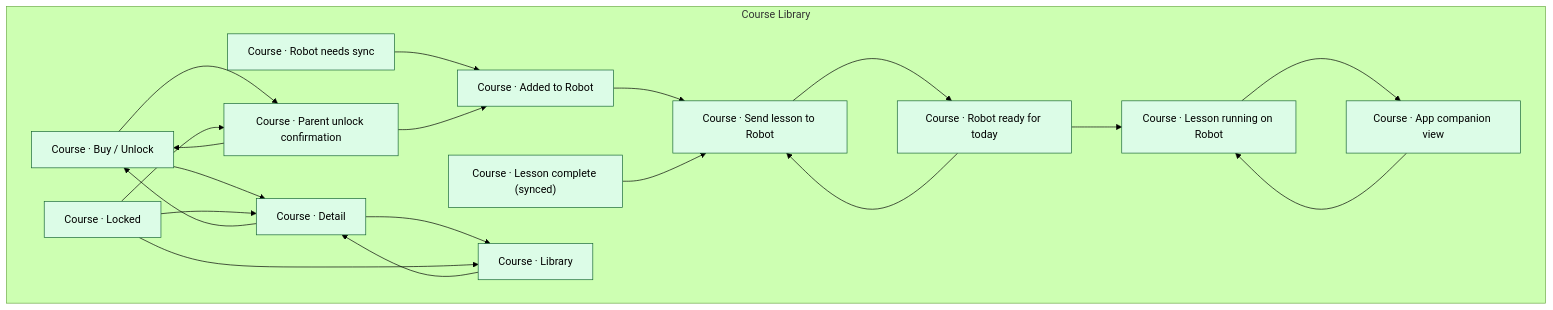
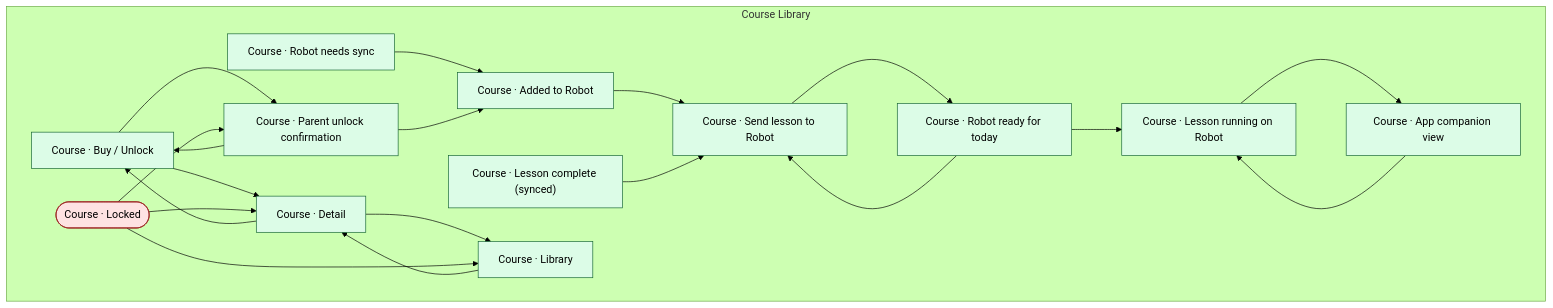
Before and after one commit to JSR-Algo/TJBOT-Mobile: the diagram in tbot-design/docs/flows/domains/course-library/flow.mmd, drawn with Mermaid (forest theme). The commit also changed 31 other files, not shown here.

First line of the commit message:
flows(fixes): C1+C2+C6+R8 — kind-drop bug, edge classification, backend-leak linter, untracked policy

```diff
--- a/tbot-design/docs/flows/domains/course-library/flow.mmd
+++ b/tbot-design/docs/flows/domains/course-library/flow.mmd
@@ -1,47 +1,48 @@
-%% GENERATED FROM nav-graph-data.json sha=747476d6c24a. Do not edit by hand.
+%% GENERATED FROM nav-graph-data.json sha=9cfd302d222f. Do not edit by hand.
 %% domain: course-library
 flowchart TD
   classDef happy fill:#dcfce7,stroke:#166534
   classDef edge  fill:#fee2e2,stroke:#991b1b
   subgraph Course_Library["Course Library"]
     cl_added["Course · Added to Robot"]
     cl_buy["Course · Buy / Unlock"]
     cl_companion["Course · App companion view"]
     cl_complete["Course · Lesson complete (synced)"]
     cl_detail["Course · Detail"]
     cl_library["Course · Library"]
-    cl_locked["Course · Locked"]
+    cl_locked(["Course · Locked"])
     cl_needs_sync["Course · Robot needs sync"]
     cl_robot_ready["Course · Robot ready for today"]
     cl_running["Course · Lesson running on Robot"]
     cl_send["Course · Send lesson to Robot"]
     cl_unlock_confirm["Course · Parent unlock confirmation"]
   end
   cl_added --> cl_send
   cl_buy --> cl_detail
   cl_buy --> cl_unlock_confirm
   cl_companion --> cl_running
   cl_complete --> cl_send
   cl_detail --> cl_buy
   cl_detail --> cl_library
   cl_library --> cl_detail
   cl_locked --> cl_detail
   cl_locked --> cl_library
   cl_locked --> cl_unlock_confirm
   cl_needs_sync --> cl_added
   cl_robot_ready --> cl_running
   cl_robot_ready --> cl_send
   cl_running --> cl_companion
   cl_send --> cl_robot_ready
   cl_unlock_confirm --> cl_added
   cl_unlock_confirm --> cl_buy
-  class cl_added,cl_buy,cl_companion,cl_complete,cl_detail,cl_library,cl_locked,cl_needs_sync,cl_robot_ready,cl_running,cl_send,cl_unlock_confirm happy
+  class cl_added,cl_buy,cl_companion,cl_complete,cl_detail,cl_library,cl_needs_sync,cl_robot_ready,cl_running,cl_send,cl_unlock_confirm happy
+  class cl_locked edge
 
 %% cross-domain outbound (handled in shared/cross-domain.flow.mmd):
 %%   cl_added -> dv_home (device)
 %%   cl_complete -> dv_home (device)
 %%   cl_library -> dv_home (device)
 %%   cl_needs_sync -> dv_home (device)
 %%   cl_needs_sync -> dv_pair_wifi (device)
 %%   cl_running -> dv_home (device)
 %%   cl_send -> dv_home (device)
```
